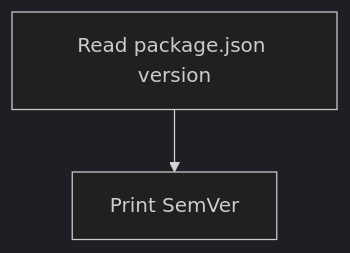
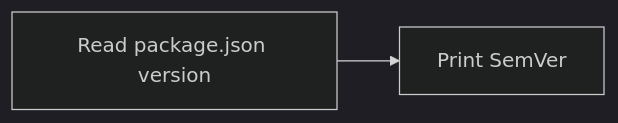
Before and after one commit to lemonbu5h/dexcow: the fifth of 5 diagrams in README.md, drawn with Mermaid (dark theme). The commit also changed other lines of this file and 9 other files, not shown here.

````diff
--- a/README.md
+++ b/README.md
@@ -91,4 +82,4 @@
 ```mermaid
-flowchart TD
+flowchart LR
   A["Read package.json version"] --> B["Print SemVer"]
 ```
````
